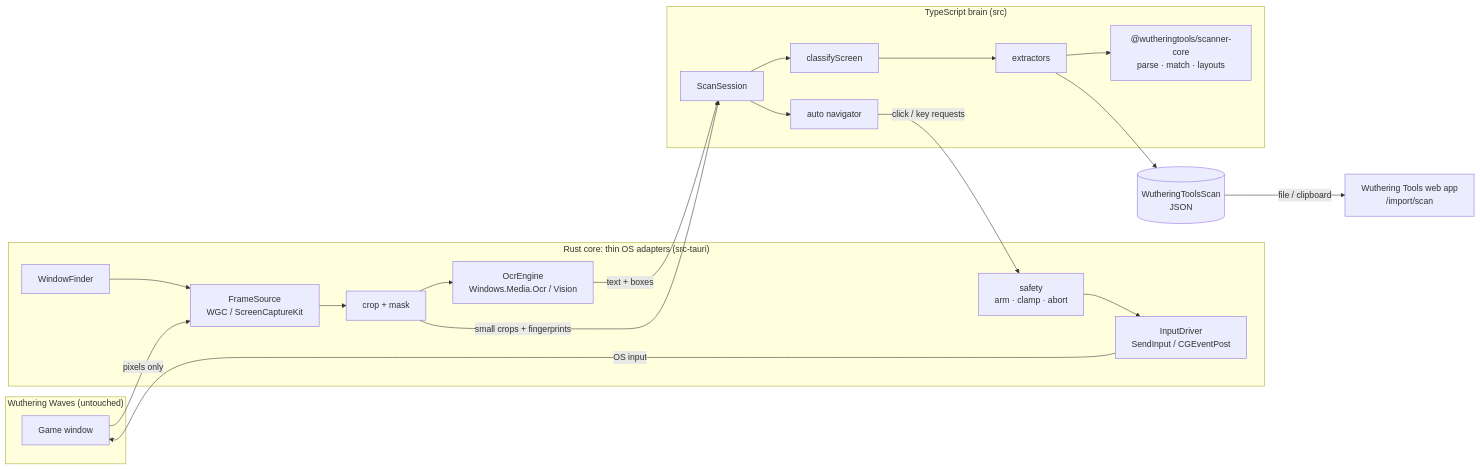
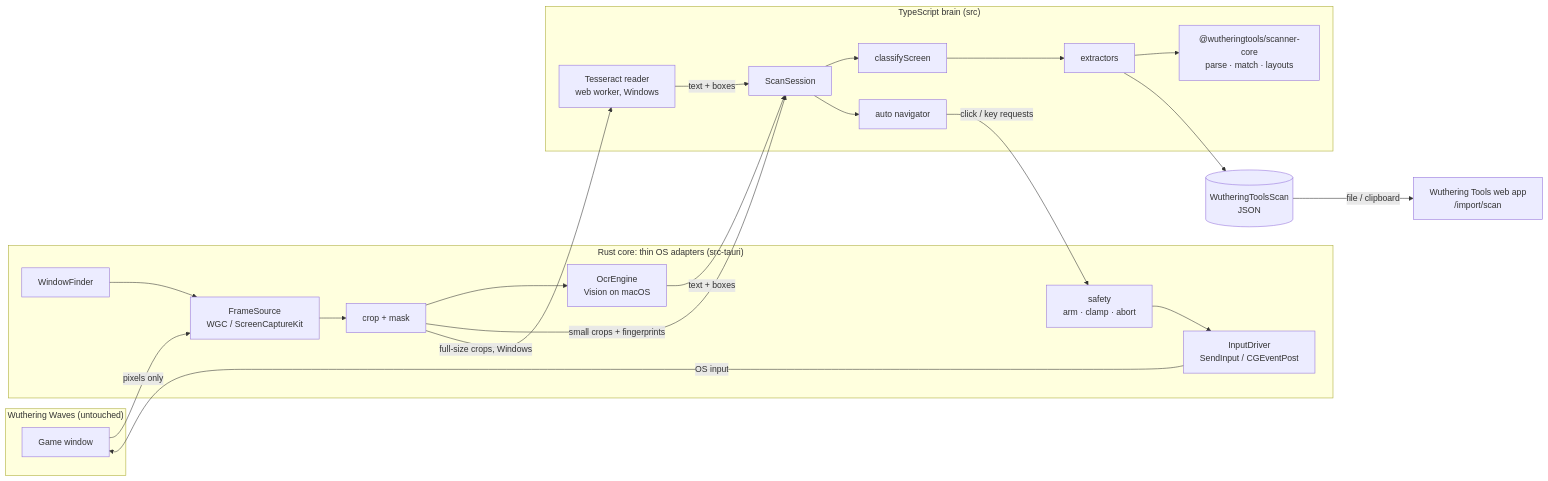
The first of 2 diagrams in docs/architecture.md (wavescan/wavescan), drawn with Mermaid before and after one commit. The commit also changed other lines of this file and 56 other files, not shown here.

First line of the commit message:
feat: read echo text with tesseract on windows (#41)

````diff
--- a/docs/architecture.md
+++ b/docs/architecture.md
@@ -11,34 +11,36 @@
 ```mermaid
 flowchart LR
   subgraph Game["Wuthering Waves (untouched)"]
     GW[Game window]
   end
 
   subgraph Rust["Rust core: thin OS adapters (src-tauri)"]
     WF[WindowFinder]
     FS[FrameSource<br/>WGC / ScreenCaptureKit]
     CR[crop + mask]
-    OCR[OcrEngine<br/>Windows.Media.Ocr / Vision]
+    OCR[OcrEngine<br/>Vision on macOS]
     IN[InputDriver<br/>SendInput / CGEventPost]
     SF[safety<br/>arm · clamp · abort]
   end
 
   subgraph TS["TypeScript brain (src)"]
     SS[ScanSession]
     CL[classifyScreen]
     EX[extractors]
     NAV[auto navigator]
+    TESS[Tesseract reader<br/>web worker, Windows]
     CORE["@wutheringtools/scanner-core<br/>parse · match · layouts"]
   end
 
   OUT[(WutheringToolsScan<br/>JSON)]
   WEB[Wuthering Tools web app<br/>/import/scan]
 
   GW -- pixels only --> FS
   WF --> FS --> CR --> OCR
   CR -- small crops + fingerprints --> SS
   OCR -- text + boxes --> SS
+  CR -- full-size crops, Windows --> TESS -- text + boxes --> SS
   SS --> CL --> EX --> CORE
   SS --> NAV -- click / key requests --> SF --> IN -- OS input --> GW
   EX --> OUT -- file / clipboard --> WEB
 ```
````
